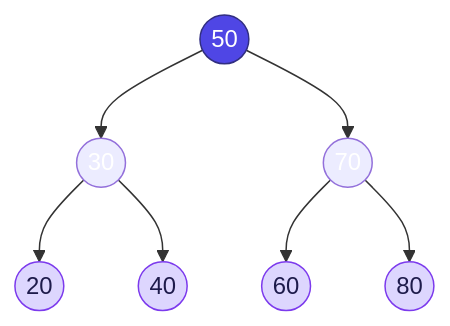
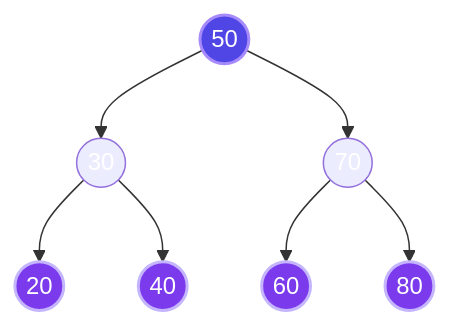
The first of 7 diagrams in docs/01 - Data Structures & Algorithms.md (mushfiq-nehal/MS-Preparation-Handbook), drawn with Mermaid before and after one commit. The commit also changed other lines of this file and 23 other files, not shown here.

Commit message:
Fix mermaid contrast in dark mode

````diff
--- a/docs/01 - Data Structures & Algorithms.md
+++ b/docs/01 - Data Structures & Algorithms.md
@@ -426,11 +426,11 @@
 ```mermaid
 graph TD
     A((50)):::root --> B((30))
     A --> C((70))
     B --> D((20)):::leaf
     B --> E((40)):::leaf
     C --> F((60)):::leaf
     C --> G((80)):::leaf
-    classDef root fill:#4f46e5,stroke:#312e81,color:#fff
-    classDef leaf fill:#ddd6fe,stroke:#7c3aed,color:#1e1b4b
+    classDef root fill:#4f46e5,stroke:#a78bfa,stroke-width:2px,color:#ffffff
+    classDef leaf fill:#7c3aed,stroke:#c4b5fd,stroke-width:2px,color:#ffffff
 ```
````
